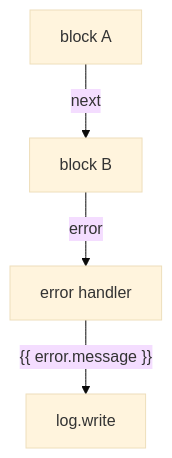
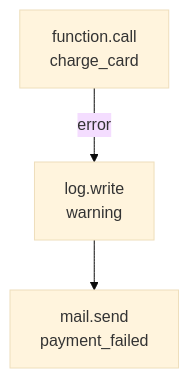
One commit to sillohq/pawabase changed the second of 3 diagrams in apps/docs/flows/state.mdx. Above: the diagram before and after it, drawn with Mermaid (base theme). The commit also changed other lines of this file and 90 other files, not shown here.

````diff
--- a/apps/docs/flows/state.mdx
+++ b/apps/docs/flows/state.mdx
@@ -161,6 +198,5 @@
 ```mermaid
 flowchart TB
-  A["block A"] -->|"next"| B["block B"]
-  B -->|"error"| E["error handler"]
-  E -->|"{{ error.message }}"| F["log.write"]
+  charge["function.call<br/>charge_card"] -- error --> log["log.write<br/>warning"]
+  log --> fallback["mail.send<br/>payment_failed"]
 ```
````
